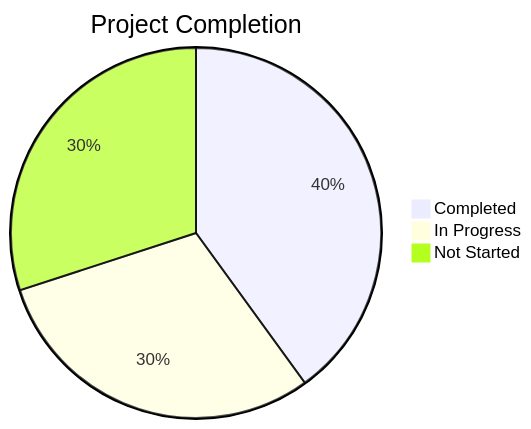
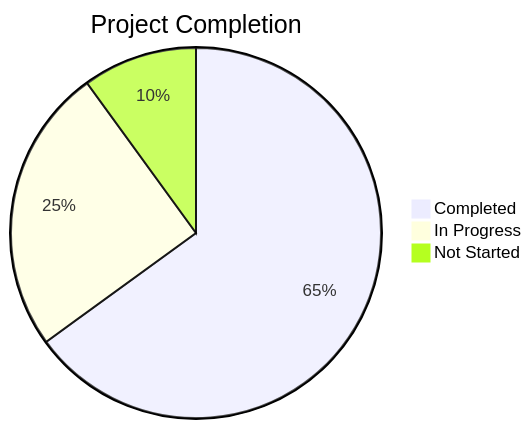
The diagram in memory-bank/progress.md (NoWakeLock/NoWakeLock), drawn with Mermaid before and after one commit. The commit also changed other lines of this file and 17 other files, not shown here.

````diff
--- a/memory-bank/progress.md
+++ b/memory-bank/progress.md
@@ -5,7 +8,7 @@
 ```mermaid
 pie
     title Project Completion
-    "Completed" : 40
-    "In Progress" : 30
-    "Not Started" : 30
+    "Completed" : 65
+    "In Progress" : 25
+    "Not Started" : 10
 ```
````
